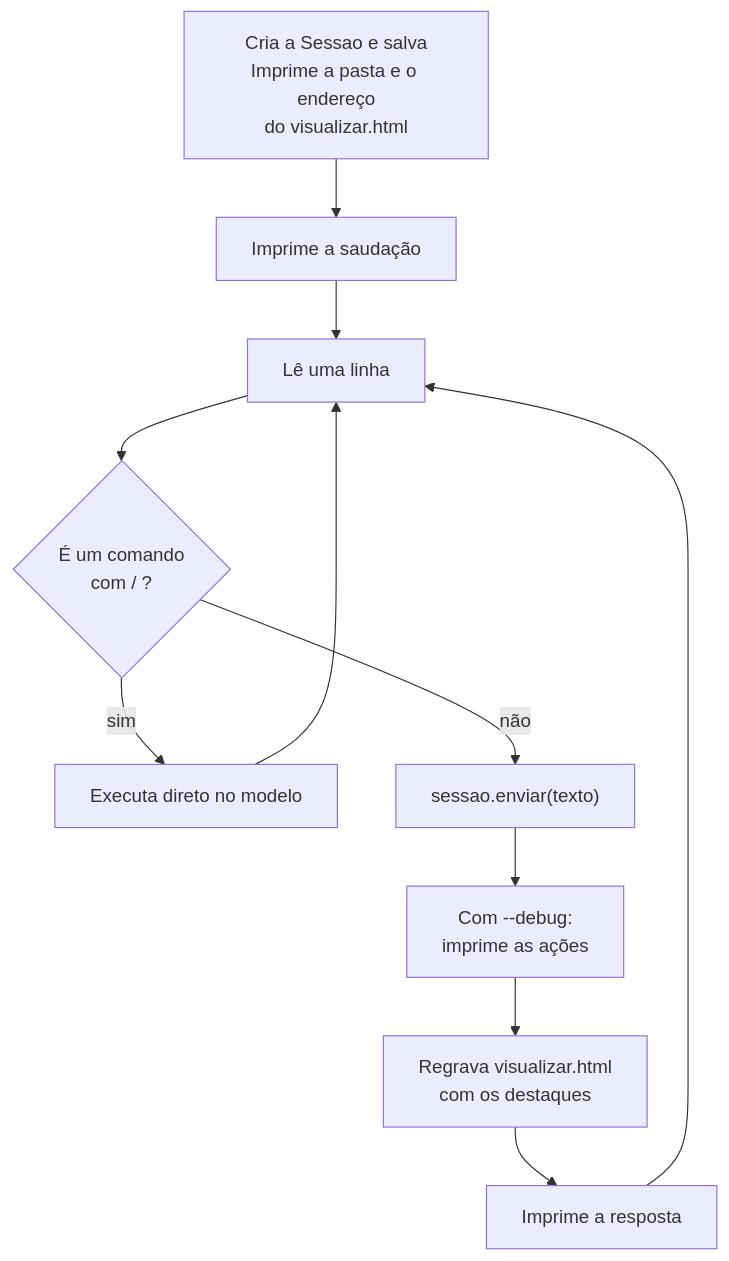
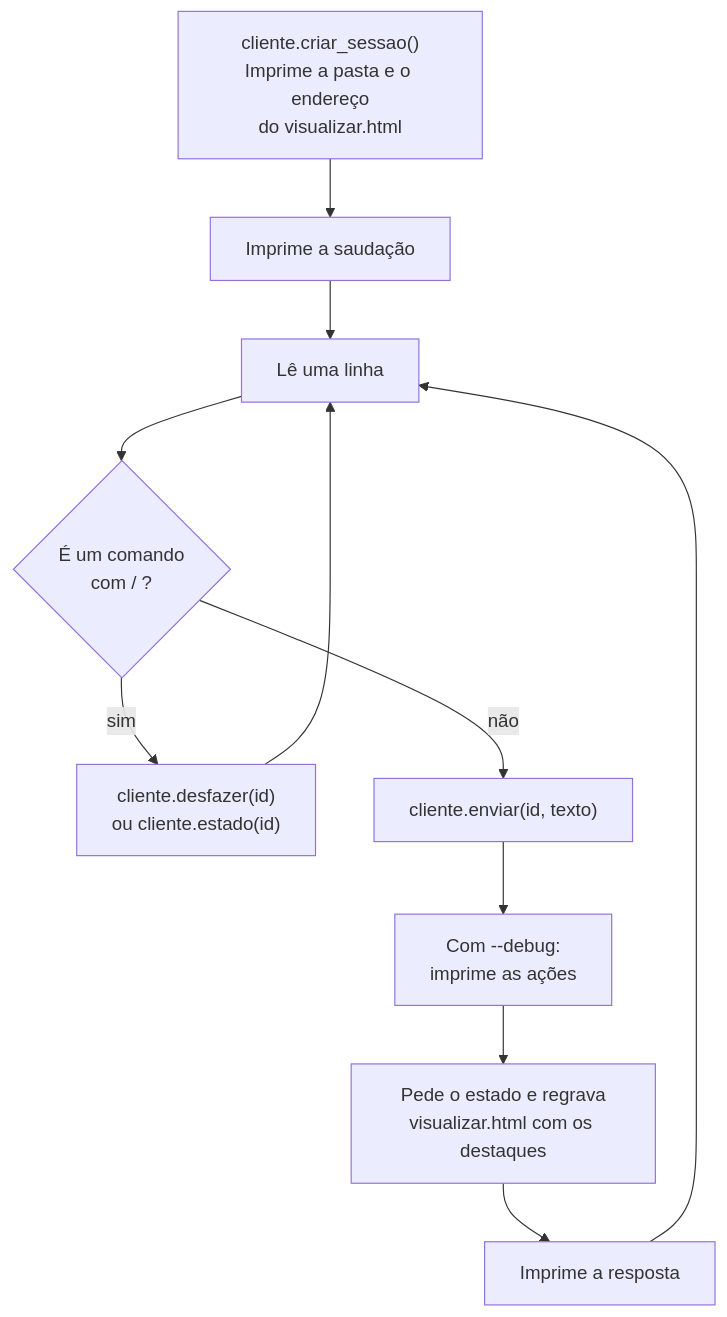
Before and after one commit to arthurparahyba/bpmn-agent: the diagram in docs/pecas/terminal.md, drawn with Mermaid. The commit also changed other lines of this file and 13 other files, not shown here.

````diff
--- a/docs/pecas/terminal.md
+++ b/docs/pecas/terminal.md
@@ -42,11 +53,11 @@
 ```mermaid
 flowchart TB
-    A["Cria a Sessao e salva<br/>Imprime a pasta e o endereço<br/>do visualizar.html"] --> B["Imprime a saudação"]
+    A["cliente.criar_sessao()<br/>Imprime a pasta e o endereço<br/>do visualizar.html"] --> B["Imprime a saudação"]
     B --> C["Lê uma linha"]
     C --> D{"É um comando<br/>com / ?"}
-    D -- "sim" --> E["Executa direto no modelo"] --> C
-    D -- "não" --> F["sessao.enviar(texto)"]
+    D -- "sim" --> E["cliente.desfazer(id)<br/>ou cliente.estado(id)"] --> C
+    D -- "não" --> F["cliente.enviar(id, texto)"]
     F --> G["Com --debug:<br/>imprime as ações"]
-    G --> H["Regrava visualizar.html<br/>com os destaques"]
+    G --> H["Pede o estado e regrava<br/>visualizar.html com os destaques"]
     H --> I["Imprime a resposta"] --> C
 ```
````
